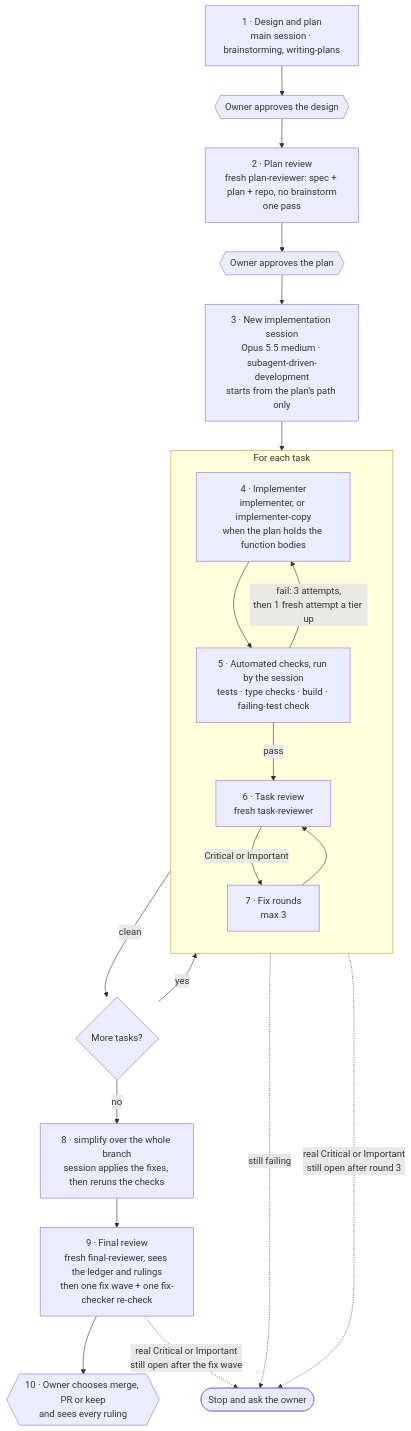
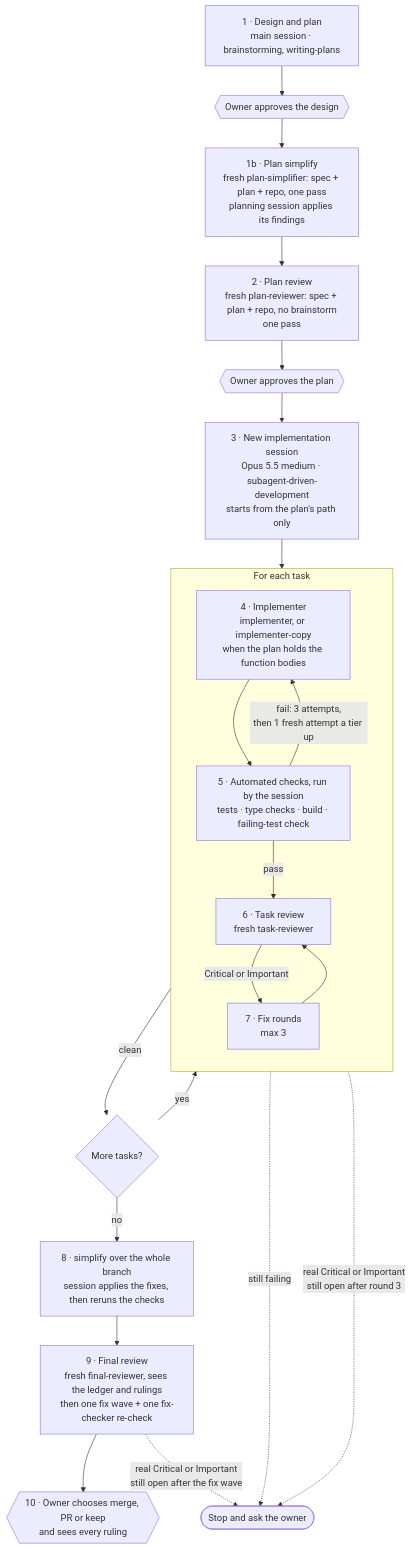
One commit to shoklah/claude-workflow-template changed the second of 4 diagrams in README.md. Above: the diagram before and after it, drawn with Mermaid. The commit also changed other lines of this file and 16 other files, not shown here.

First line of the commit message:
Add the plan simplifier and one simplify per review

````diff
--- a/README.md
+++ b/README.md
@@ -39,27 +39,28 @@
 ```mermaid
 flowchart TD
     A["1 · Design and plan<br/>main session · brainstorming, writing-plans"] --> G1{{"Owner approves the design"}}
-    G1 --> B["2 · Plan review<br/>fresh plan-reviewer: spec + plan + repo, no brainstorm<br/>one pass"]
+    G1 --> PS["1b · Plan simplify<br/>fresh plan-simplifier: spec + plan + repo, one pass<br/>planning session applies its findings"]
+    PS --> B["2 · Plan review<br/>fresh plan-reviewer: spec + plan + repo, no brainstorm<br/>one pass"]
     B --> G2{{"Owner approves the plan"}}
     G2 --> C["3 · New implementation session<br/>Opus 5.5 medium · subagent-driven-development<br/>starts from the plan's path only"]
 
     subgraph TASK ["For each task"]
         direction TB
         I["4 · Implementer<br/>implementer, or implementer-copy<br/>when the plan holds the function bodies"] --> CH["5 · Automated checks, run by the session<br/>tests · type checks · build · failing-test check"]
         CH -- "fail: 3 attempts,<br/>then 1 fresh attempt a tier up" --> I
         CH -- pass --> TR["6 · Task review<br/>fresh task-reviewer"]
         TR -- "Critical or Important" --> FX["7 · Fix rounds<br/>max 3"]
         FX --> TR
     end
 
     C --> I
     TR -- clean --> N{More tasks?}
     N -- yes --> I
     N -- no --> SI["8 · simplify over the whole branch<br/>session applies the fixes, then reruns the checks"]
     SI --> FR["9 · Final review<br/>fresh final-reviewer, sees the ledger and rulings<br/>then one fix wave + one fix-checker re-check"]
     FR --> FIN{{"10 · Owner chooses merge, PR or keep<br/>and sees every ruling"}}
 
     CH -. "still failing" .-> STOP(["Stop and ask the owner"])
     FX -. "real Critical or Important<br/>still open after round 3" .-> STOP
     FR -. "real Critical or Important<br/>still open after the fix wave" .-> STOP
 ```
````
